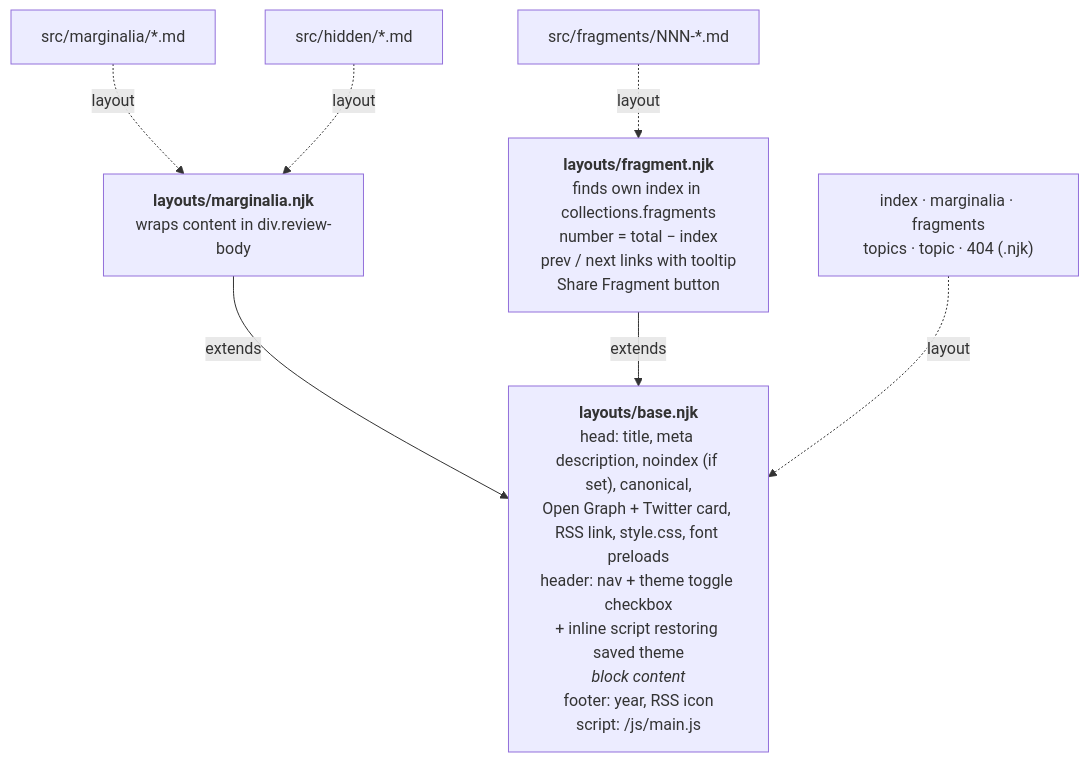
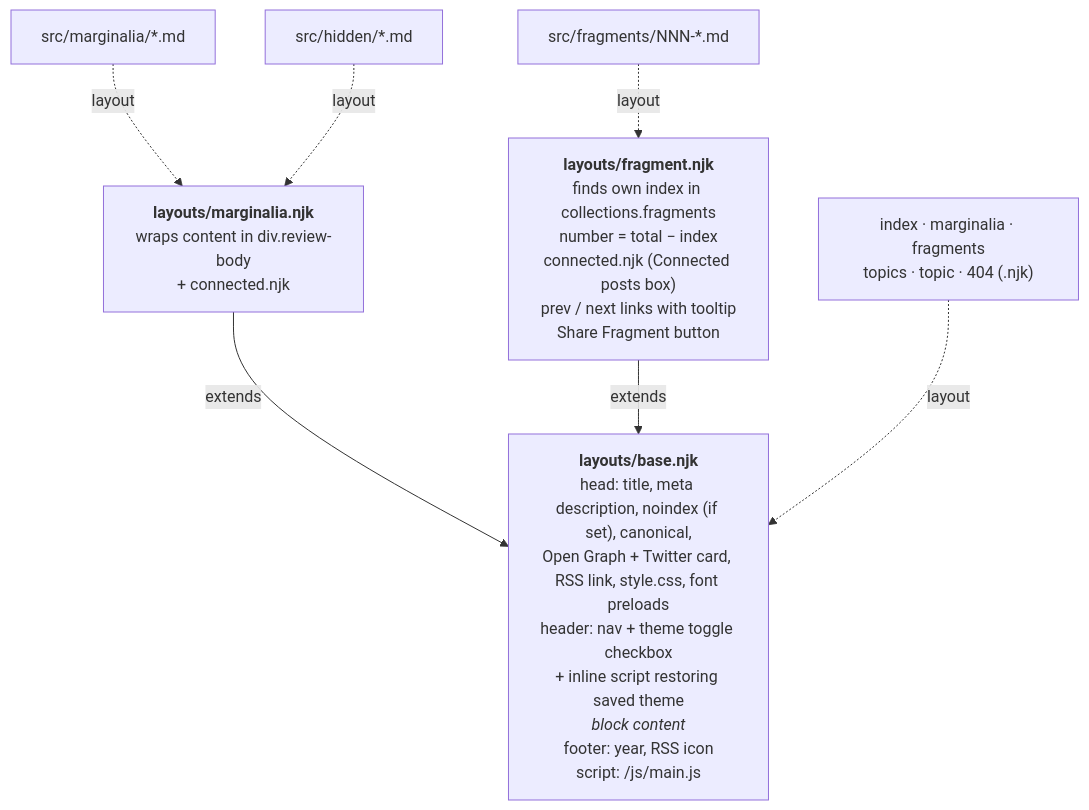
Before and after one commit to raoul-g/raoulyy-blog: the fifth of 9 diagrams in ARCHITECTURE.md, drawn with Mermaid. The commit also changed other lines of this file and 6 other files, not shown here.

First line of the commit message:
add a "Connected posts" box at the end of each post

````diff
--- a/ARCHITECTURE.md
+++ b/ARCHITECTURE.md
@@ -157,14 +157,14 @@
 ```mermaid
 flowchart TB
     BASE["<b>layouts/base.njk</b><br/>head: title, meta description, noindex (if set), canonical,<br/>Open Graph + Twitter card, RSS link, style.css, font preloads<br/>header: nav + theme toggle checkbox<br/>+ inline script restoring saved theme<br/><i>block content</i><br/>footer: year, RSS icon<br/>script: /js/main.js"]
-    MARG["<b>layouts/marginalia.njk</b><br/>wraps content in div.review-body"]
-    FRAG["<b>layouts/fragment.njk</b><br/>finds own index in collections.fragments<br/>number = total − index<br/>prev / next links with tooltip<br/>Share Fragment button"]
+    MARG["<b>layouts/marginalia.njk</b><br/>wraps content in div.review-body<br/>+ connected.njk"]
+    FRAG["<b>layouts/fragment.njk</b><br/>finds own index in collections.fragments<br/>number = total − index<br/>connected.njk (Connected posts box)<br/>prev / next links with tooltip<br/>Share Fragment button"]
 
     MARG -- extends --> BASE
     FRAG -- extends --> BASE
 
     MP["src/marginalia/*.md"] -. layout .-> MARG
     HP["src/hidden/*.md"] -. layout .-> MARG
     FP["src/fragments/NNN-*.md"] -. layout .-> FRAG
     PAGES["index · marginalia · fragments<br/>topics · topic · 404 (.njk)"] -. layout .-> BASE
 ```
````
